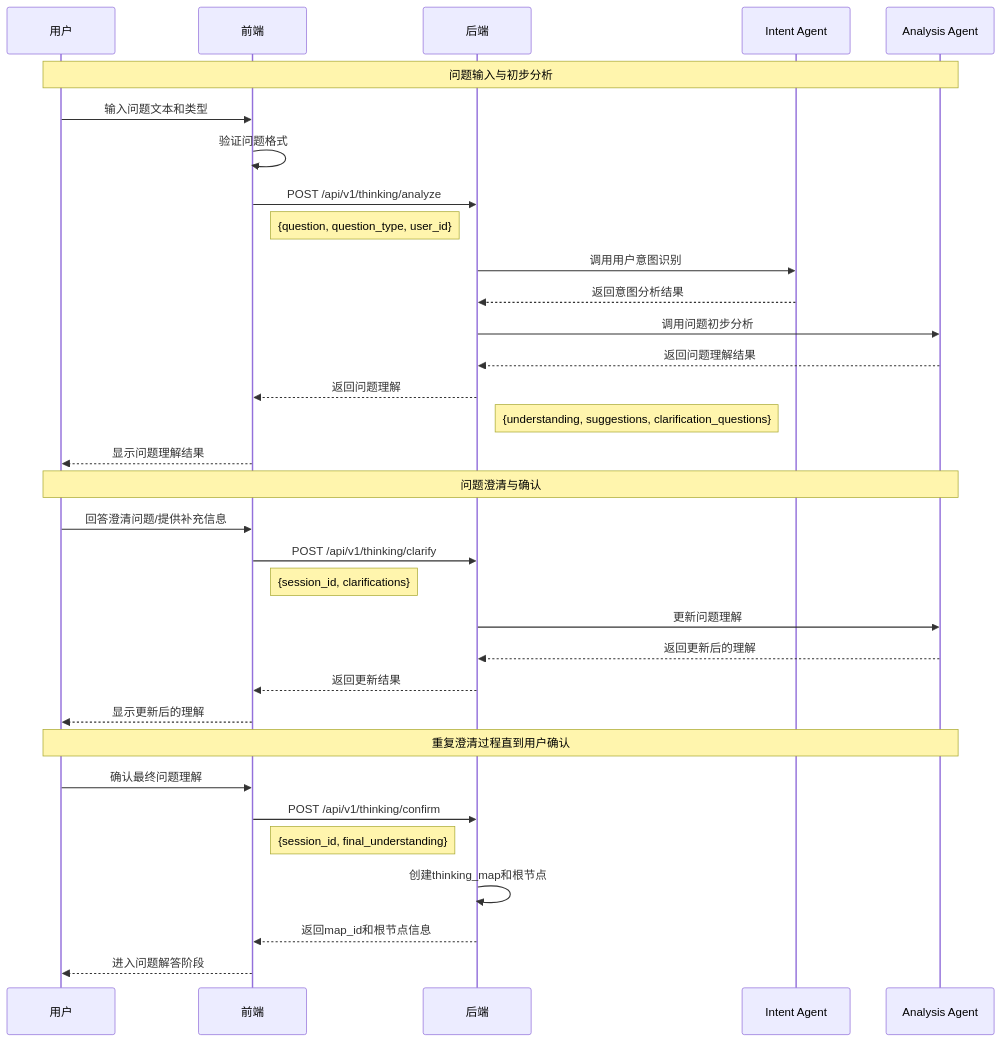
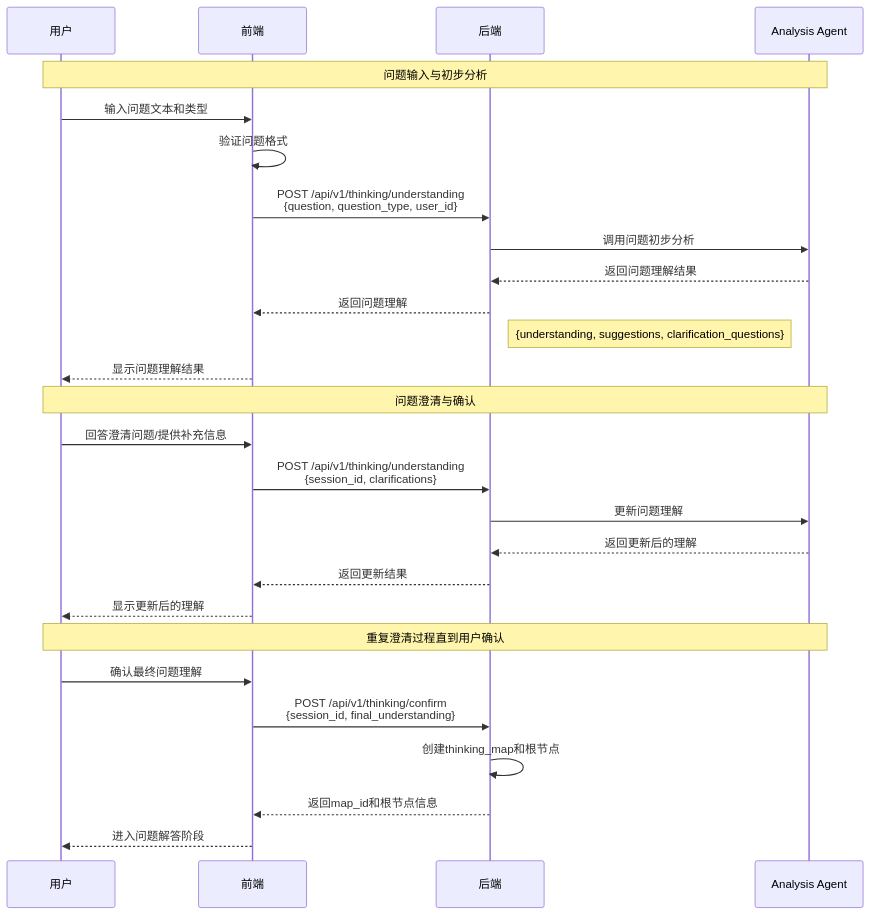
The first of 5 diagrams in docs/interaction-sequence-diagram.md (PGshen/thinking-map), drawn with Mermaid before and after one commit. The commit also changed other lines of this file and 1 other file, not shown here.

First line of the commit message:
docs: update interaction sequence diagram and add streaming JSON parser doc

````diff
--- a/docs/interaction-sequence-diagram.md
+++ b/docs/interaction-sequence-diagram.md
@@ -5,43 +5,37 @@
 ```mermaid
 sequenceDiagram
     participant U as 用户
     participant F as 前端
     participant B as 后端
-    participant IA as Intent Agent
     participant AA as Analysis Agent
 
     Note over U,AA: 问题输入与初步分析
     U->>F: 输入问题文本和类型
     F->>F: 验证问题格式
-    F->>B: POST /api/v1/thinking/analyze
-    Note right of F: {question, question_type, user_id}
+    F->>B: POST /api/v1/thinking/understanding <br/> {question, question_type, user_id}
     
-    B->>IA: 调用用户意图识别
-    IA-->>B: 返回意图分析结果
     B->>AA: 调用问题初步分析
     AA-->>B: 返回问题理解结果
     
     B-->>F: 返回问题理解
     Note right of B: {understanding, suggestions, clarification_questions}
     F-->>U: 显示问题理解结果
 
     Note over U,AA: 问题澄清与确认
     U->>F: 回答澄清问题/提供补充信息
-    F->>B: POST /api/v1/thinking/clarify
-    Note right of F: {session_id, clarifications}
+    F->>B: POST /api/v1/thinking/understanding <br/> {session_id, clarifications}
     
     B->>AA: 更新问题理解
     AA-->>B: 返回更新后的理解
     B-->>F: 返回更新结果
     F-->>U: 显示更新后的理解
     
     Note over U,AA: 重复澄清过程直到用户确认
     
     U->>F: 确认最终问题理解
-    F->>B: POST /api/v1/thinking/confirm
-    Note right of F: {session_id, final_understanding}
+    F->>B: POST /api/v1/thinking/confirm <br/> {session_id, final_understanding}
     
     B->>B: 创建thinking_map和根节点
     B-->>F: 返回map_id和根节点信息
     F-->>U: 进入问题解答阶段
 ```
````
